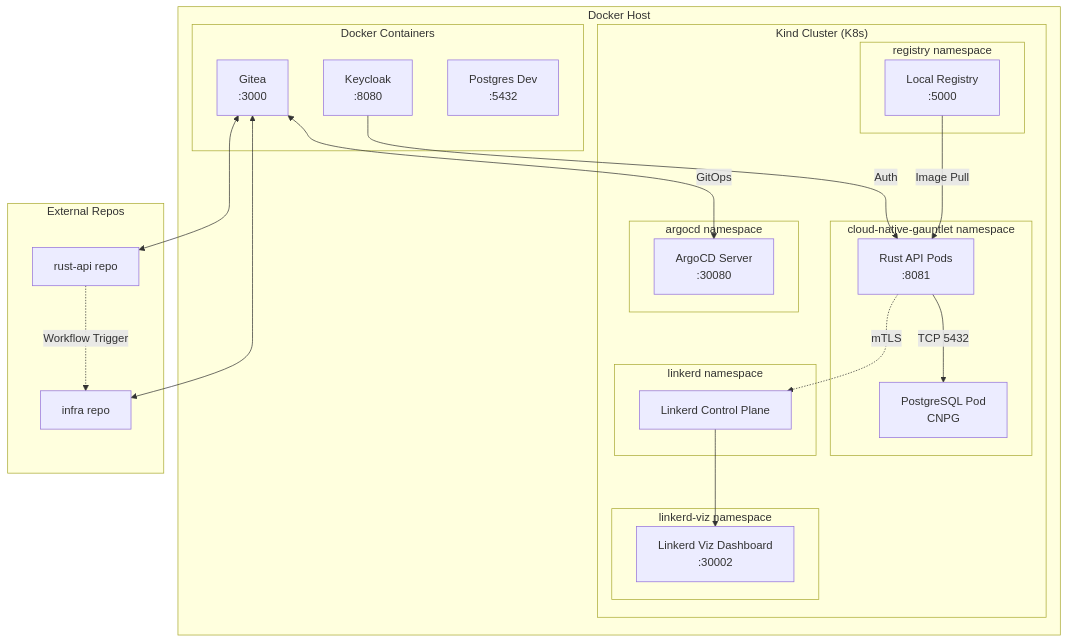
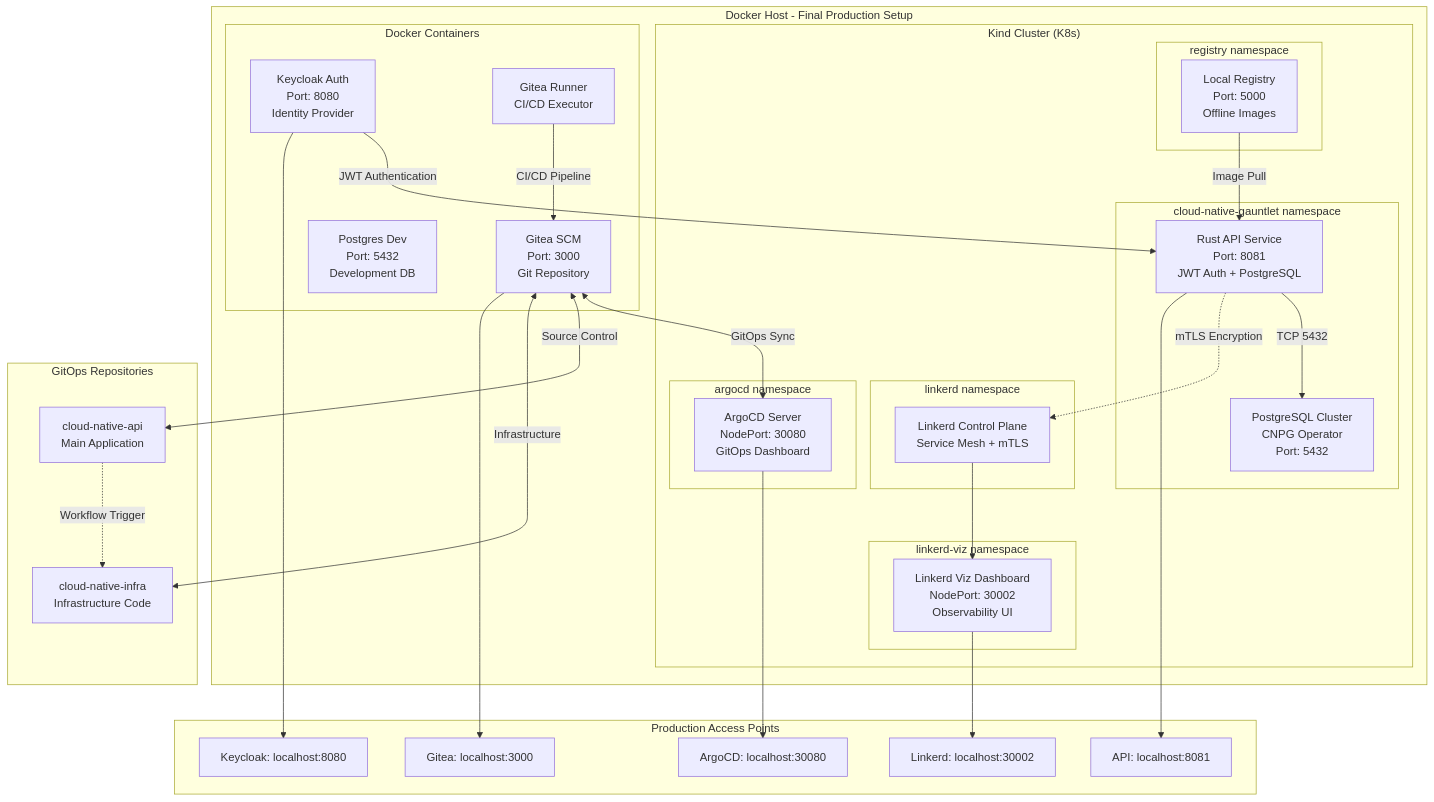
One commit to nafisatou/Cloud-Native-Api changed the diagram in README.md. Above: the diagram before and after it, drawn with Mermaid. The commit also changed other lines of this file and 9 other files, not shown here.

````diff
--- a/README.md
+++ b/README.md
@@ -36,48 +36,64 @@
 ```mermaid
 flowchart TB
-    subgraph DH ["Docker Host"]
+    subgraph DH ["Docker Host - Final Production Setup"]
         subgraph KC_CLUSTER ["Kind Cluster (K8s)"]
             subgraph CNG ["cloud-native-gauntlet namespace"]
-                API["Rust API Pods<br/>:8081"]
-                PG["PostgreSQL Pod<br/>CNPG"]
+                API["Rust API Service<br/>Port: 8081<br/>JWT Auth + PostgreSQL"]
+                PG["PostgreSQL Cluster<br/>CNPG Operator<br/>Port: 5432"]
                 API -->|TCP 5432| PG
             end
             
             subgraph LN ["linkerd namespace"]
-                LC["Linkerd Control Plane"]
-                API -.->|mTLS| LC
+                LC["Linkerd Control Plane<br/>Service Mesh + mTLS"]
+                API -.->|mTLS Encryption| LC
             end
             
             subgraph LVN ["linkerd-viz namespace"]
-                LV["Linkerd Viz Dashboard<br/>:30002"]
+                LV["Linkerd Viz Dashboard<br/>NodePort: 30002<br/>Observability UI"]
                 LC --> LV
             end
             
             subgraph ACN ["argocd namespace"]
-                AC["ArgoCD Server<br/>:30080"]
+                AC["ArgoCD Server<br/>NodePort: 30080<br/>GitOps Dashboard"]
             end
             
             subgraph RN ["registry namespace"]
-                REG["Local Registry<br/>:5000"]
+                REG["Local Registry<br/>Port: 5000<br/>Offline Images"]
             end
         end
         
         subgraph DC ["Docker Containers"]
-            KC["Keycloak<br/>:8080"]
-            GIT["Gitea<br/>:3000"]
-            PGDEV["Postgres Dev<br/>:5432"]
+            KC["Keycloak Auth<br/>Port: 8080<br/>Identity Provider"]
+            GIT["Gitea SCM<br/>Port: 3000<br/>Git Repository"]
+            PGDEV["Postgres Dev<br/>Port: 5432<br/>Development DB"]
+            RUNNER["Gitea Runner<br/>CI/CD Executor"]
         end
     end
     
-    subgraph ER ["External Repos"]
-        RUST_REPO["rust-api repo"]
-        INFRA_REPO["infra repo"]
+    subgraph ER ["GitOps Repositories"]
+        RUST_REPO["cloud-native-api<br/>Main Application"]
+        INFRA_REPO["cloud-native-infra<br/>Infrastructure Code"]
     end
     
-    GIT <-->|GitOps| AC
-    GIT <--> RUST_REPO
-    GIT <--> INFRA_REPO
+    subgraph ACCESS ["Production Access Points"]
+        BROWSER1["ArgoCD: localhost:30080"]
+        BROWSER2["Linkerd: localhost:30002"]
+        BROWSER3["Keycloak: localhost:8080"]
+        BROWSER4["Gitea: localhost:3000"]
+        BROWSER5["API: localhost:8081"]
+    end
+    
+    GIT <-->|GitOps Sync| AC
+    GIT <-->|Source Control| RUST_REPO
+    GIT <-->|Infrastructure| INFRA_REPO
     RUST_REPO -.->|Workflow Trigger| INFRA_REPO
     REG -->|Image Pull| API
-    KC -->|Auth| API
+    KC -->|JWT Authentication| API
+    RUNNER -->|CI/CD Pipeline| GIT
+    
+    KC --> BROWSER3
+    GIT --> BROWSER4
+    API --> BROWSER5
+    AC --> BROWSER1
+    LV --> BROWSER2
 ```
````
